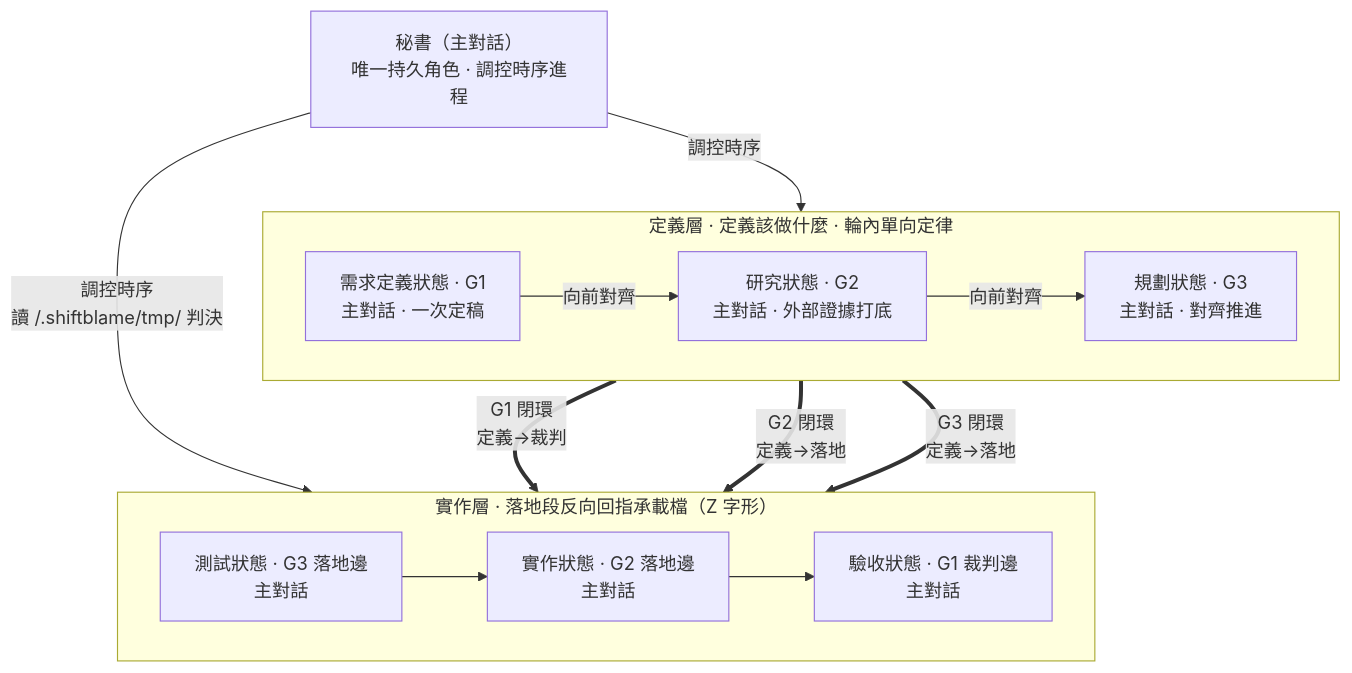
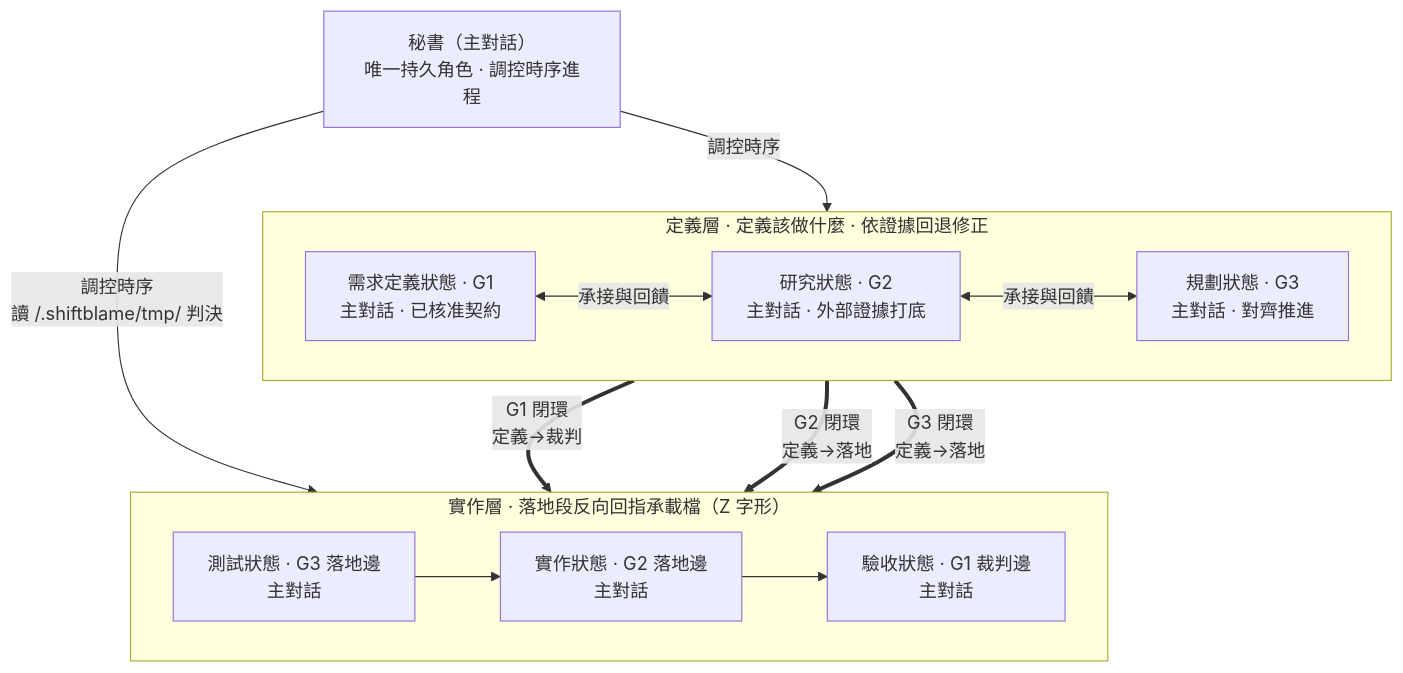
Before and after one commit to teps3105/shiftblame: the second of 2 diagrams in README.md, drawn with Mermaid. The commit also changed other lines of this file and 28 other files, not shown here.

````diff
--- a/README.md
+++ b/README.md
@@ -82,19 +86,19 @@
 ```mermaid
 flowchart TB
     SEC["秘書（主對話）<br/>唯一持久角色 · 調控時序進程"]
-    subgraph Consult["定義層 · 定義該做什麼 · 輪內單向定律"]
+    subgraph Consult["定義層 · 定義該做什麼 · 依證據回退修正"]
         direction LR
-        G1["需求定義狀態 · G1<br/>主對話 · 一次定稿"] -->|向前對齊| G2["研究狀態 · G2<br/>主對話 · 外部證據打底"]
-        G2 -->|向前對齊| G3["規劃狀態 · G3<br/>主對話 · 對齊推進"]
+        G1["需求定義狀態 · G1<br/>主對話 · 已核准契約"] <-->|承接與回饋| G2["研究狀態 · G2<br/>主對話 · 外部證據打底"]
+        G2 <-->|承接與回饋| G3["規劃狀態 · G3<br/>主對話 · 對齊推進"]
     end
     subgraph Build["實作層 · 落地段反向回指承載檔（Z 字形）"]
         direction LR
         TST["測試狀態 · G3 落地邊<br/>主對話"] --> DEV["實作狀態 · G2 落地邊<br/>主對話"]
         DEV --> ACC["驗收狀態 · G1 裁判邊<br/>主對話"]
     end
     SEC -- 調控時序 --> Consult
     SEC -- 調控時序<br/>讀 <repo>/.shiftblame/tmp/ 判決 --> Build
     G1 == "G1 閉環<br/>定義→裁判" ==> ACC
     G2 == "G2 閉環<br/>定義→落地" ==> DEV
     G3 == "G3 閉環<br/>定義→落地" ==> TST
 ```
````
